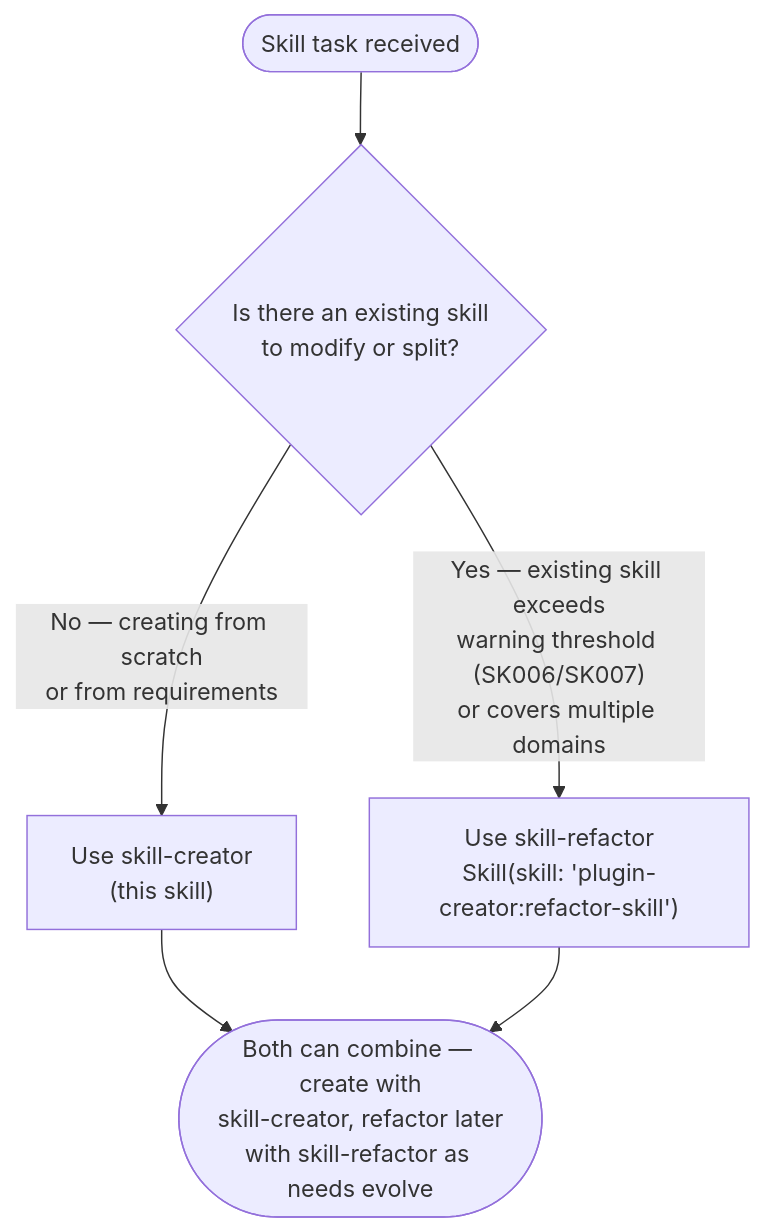
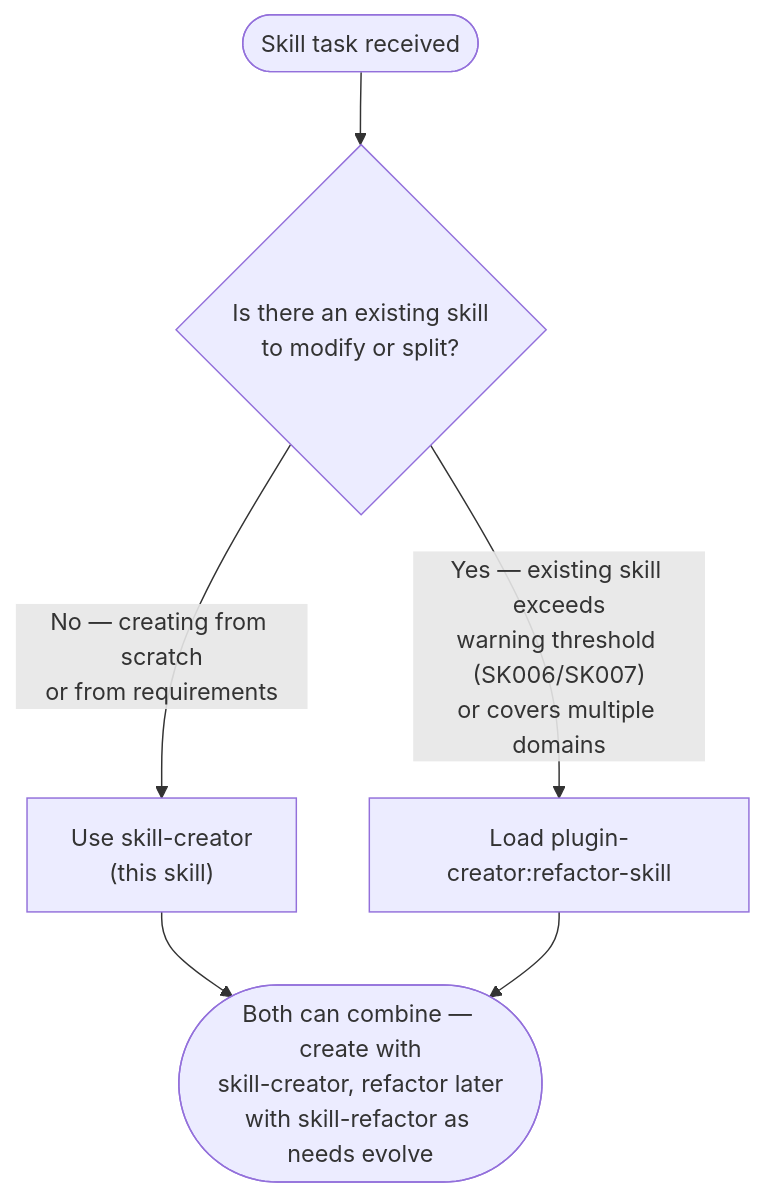
Before and after one commit to Jamie-BitFlight/claude_skills: the first of 4 diagrams in plugins/plugin-creator/skills/skill-creator/SKILL.md, drawn with Mermaid. The commit also changed other lines of this file and 84 other files, not shown here.

Commit message:
refactor(plugin-creator): trim agent guidance

````diff
--- a/plugins/plugin-creator/skills/skill-creator/SKILL.md
+++ b/plugins/plugin-creator/skills/skill-creator/SKILL.md
@@ -49,8 +25,8 @@
 ```mermaid
 flowchart TD
     Start(["Skill task received"]) --> Q{"Is there an existing skill<br>to modify or split?"}
     Q -->|"No — creating from scratch<br>or from requirements"| Creator["Use skill-creator<br>(this skill)"]
-    Q -->|"Yes — existing skill exceeds<br>warning threshold (SK006/SK007)<br>or covers multiple domains"| Refactor["Use skill-refactor<br>Skill(skill: 'plugin-creator:refactor-skill')"]
+    Q -->|"Yes — existing skill exceeds<br>warning threshold (SK006/SK007)<br>or covers multiple domains"| Refactor["Load plugin-creator:refactor-skill"]
     Creator --> Together(["Both can combine — create with<br>skill-creator, refactor later<br>with skill-refactor as needs evolve"])
     Refactor --> Together
 ```
````
